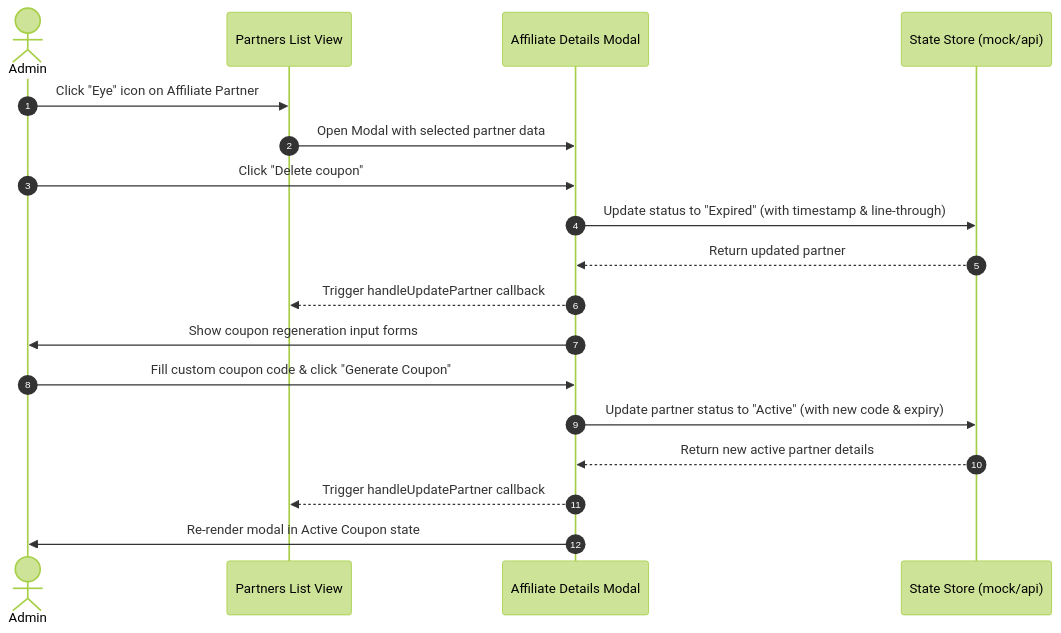
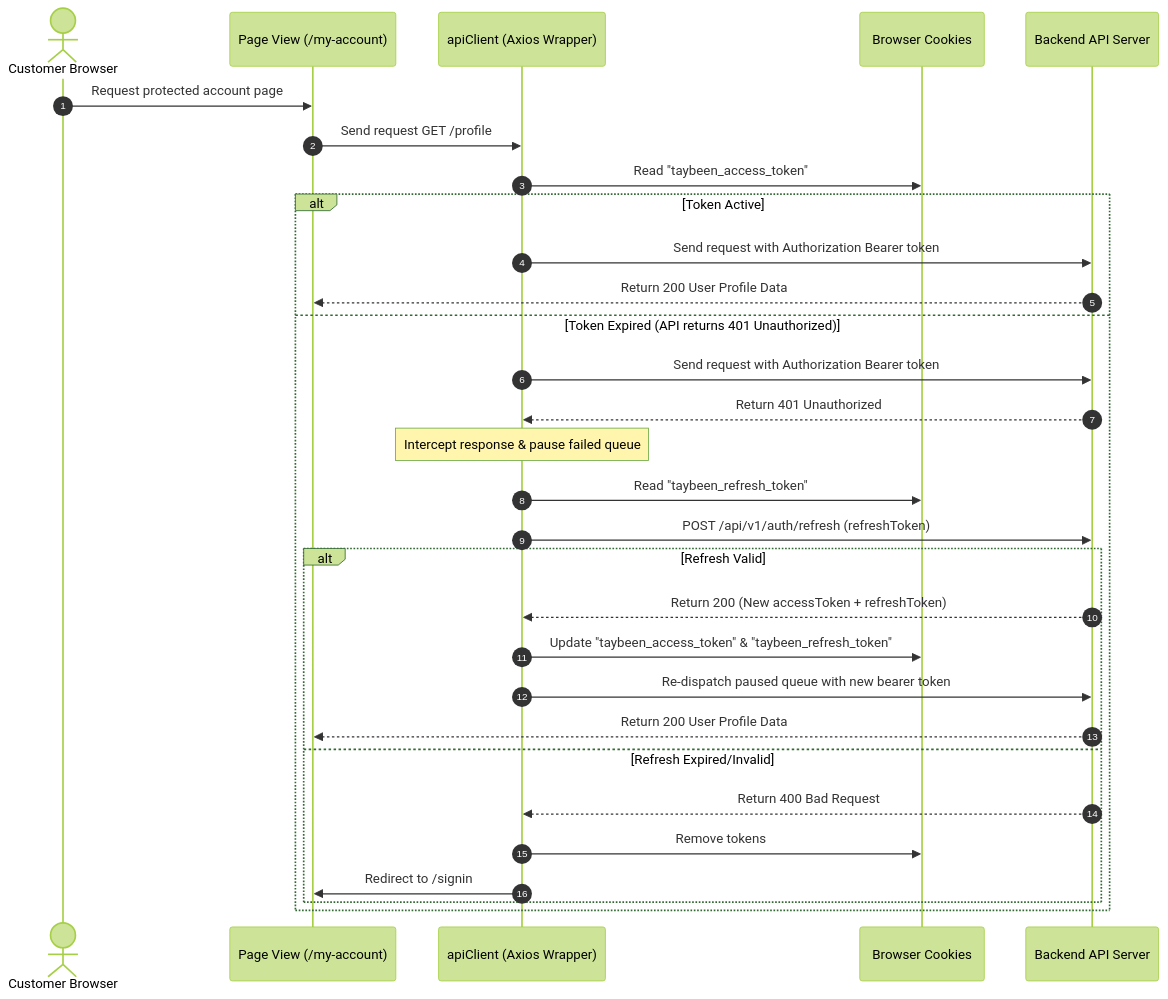
The fourth of 5 diagrams in ARCHITECTURE.md (taybeen-healthy/taybeen-frontend), drawn with Mermaid (forest theme) before and after one commit. The commit also changed other lines of this file and 8 other files, not shown here.

````diff
--- a/ARCHITECTURE.md
+++ b/ARCHITECTURE.md
@@ -80,21 +92,33 @@
 ```mermaid
 sequenceDiagram
     autonumber
-    actor Admin
-    participant List as Partners List View
-    participant Modal as Affiliate Details Modal
-    participant Store as State Store (mock/api)
+    actor User as Customer Browser
+    participant Page as Page View (/my-account)
+    participant Client as apiClient (Axios Wrapper)
+    participant Cook as Browser Cookies
+    participant API as Backend API Server
 
-    Admin->>List: Click "Eye" icon on Affiliate Partner
-    List->>Modal: Open Modal with selected partner data
-    Admin->>Modal: Click "Delete coupon"
-    Modal->>Store: Update status to "Expired" (with timestamp & line-through)
-    Store-->>Modal: Return updated partner
-    Modal-->>List: Trigger handleUpdatePartner callback
-    Modal->>Admin: Show coupon regeneration input forms
-    Admin->>Modal: Fill custom coupon code & click "Generate Coupon"
-    Modal->>Store: Update partner status to "Active" (with new code & expiry)
-    Store-->>Modal: Return new active partner details
-    Modal-->>List: Trigger handleUpdatePartner callback
-    Modal->>Admin: Re-render modal in Active Coupon state
+    User->>Page: Request protected account page
+    Page->>Client: Send request GET /profile
+    Client->>Cook: Read "taybeen_access_token"
+    alt Token Active
+        Client->>API: Send request with Authorization Bearer token
+        API-->>Page: Return 200 User Profile Data
+    else Token Expired (API returns 401 Unauthorized)
+        Client->>API: Send request with Authorization Bearer token
+        API-->>Client: Return 401 Unauthorized
+        Note over Client: Intercept response & pause failed queue
+        Client->>Cook: Read "taybeen_refresh_token"
+        Client->>API: POST /api/v1/auth/refresh (refreshToken)
+        alt Refresh Valid
+            API-->>Client: Return 200 (New accessToken + refreshToken)
+            Client->>Cook: Update "taybeen_access_token" & "taybeen_refresh_token"
+            Client->>API: Re-dispatch paused queue with new bearer token
+            API-->>Page: Return 200 User Profile Data
+        else Refresh Expired/Invalid
+            API-->>Client: Return 400 Bad Request
+            Client->>Cook: Remove tokens
+            Client->>Page: Redirect to /signin
+        end
+    end
 ```
````
